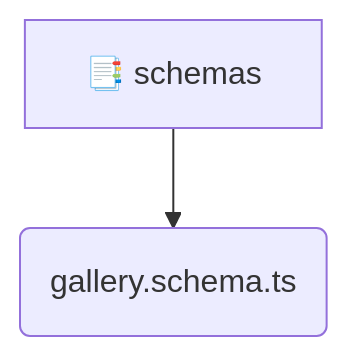
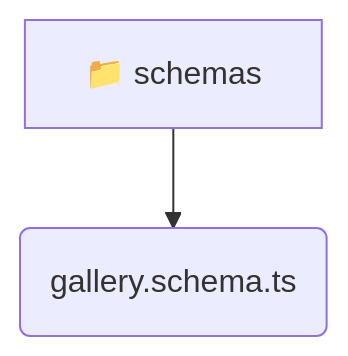
The diagram in backend/src/modules/gallery/infrastructure/schemas/README.md (beginwebdev2002/fullstack-mavluda), drawn with Mermaid before and after one commit. The commit also changed other lines of this file and 155 other files, not shown here.

````diff
--- a/backend/src/modules/gallery/infrastructure/schemas/README.md
+++ b/backend/src/modules/gallery/infrastructure/schemas/README.md
@@ -9,5 +9,5 @@
 ```mermaid
 graph TD
-  schemas[📑 schemas]
-  schemas --> gallery_schema_ts(gallery.schema.ts)
+  schemas[📁 schemas]
+  schemas --> schemas_gallery_schema_ts(gallery.schema.ts)
 ```
````
